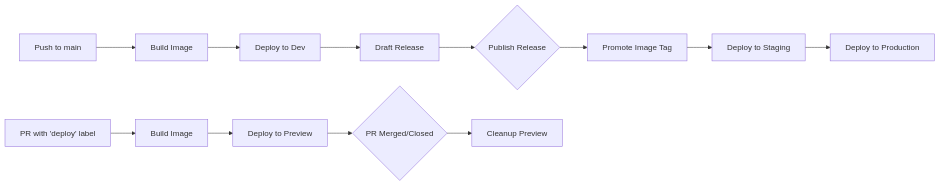
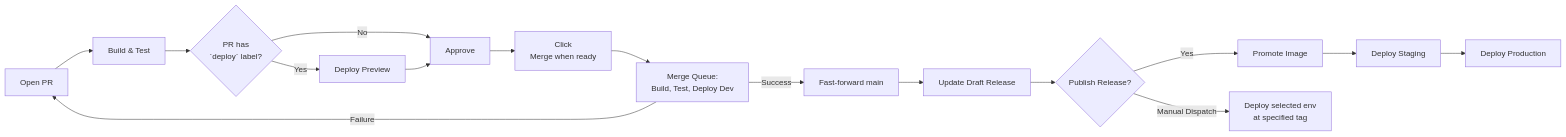
One commit to cloudposse-examples/atmos-native-ci changed the fifth of 5 diagrams in .github/workflows/README.md. Above: the diagram before and after it, drawn with Mermaid. The commit also changed other lines of this file and 6 other files, not shown here.

First line of the commit message:
Refactor pipelines for merge-queue dev deploy and rollback-capable release (#47)

````diff
--- a/.github/workflows/README.md
+++ b/.github/workflows/README.md
@@ -92,15 +147,18 @@
 ```mermaid
 graph LR
-    A[Push to main] --> B[Build Image]
-    B --> C[Deploy to Dev]
-    C --> D[Draft Release]
-    D --> E{Publish Release}
-    E --> F[Promote Image Tag]
-    F --> G[Deploy to Staging]
-    G --> H[Deploy to Production]
-
-    I[PR with 'deploy' label] --> J[Build Image]
-    J --> K[Deploy to Preview]
-    K --> L{PR Merged/Closed}
-    L --> M[Cleanup Preview]
+    A[Open PR] --> B[Build & Test]
+    B --> C{PR has<br/>`deploy` label?}
+    C -->|Yes| D[Deploy Preview]
+    C -->|No| E[Approve]
+    D --> E
+    E --> F[Click<br/>Merge when ready]
+    F --> G[Merge Queue:<br/>Build, Test, Deploy Dev]
+    G -->|Success| H[Fast-forward main]
+    G -->|Failure| A
+    H --> I[Update Draft Release]
+    I --> J{Publish Release?}
+    J -->|Yes| K[Promote Image]
+    K --> L[Deploy Staging]
+    L --> M[Deploy Production]
+    J -->|Manual Dispatch| N[Deploy selected env<br/>at specified tag]
 ```
````
